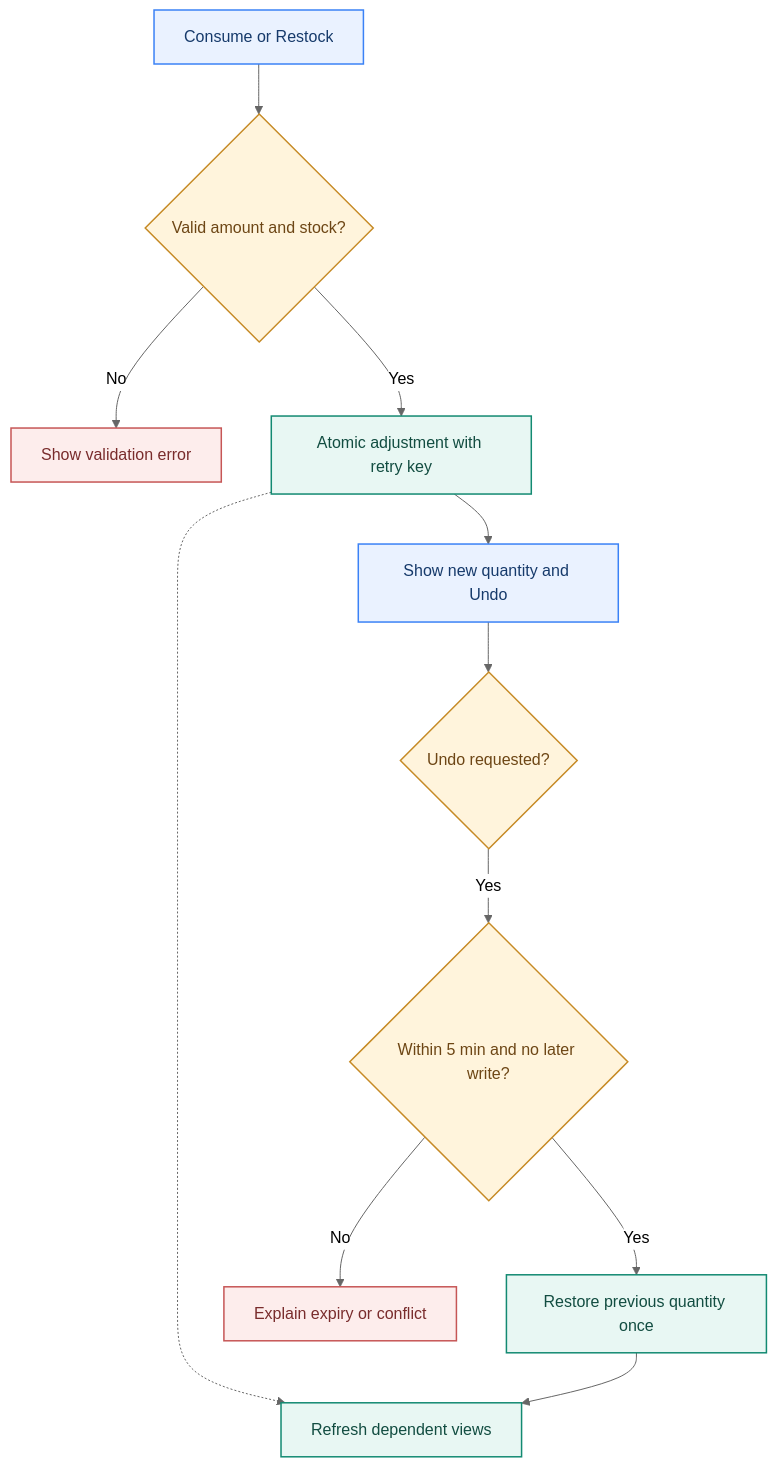
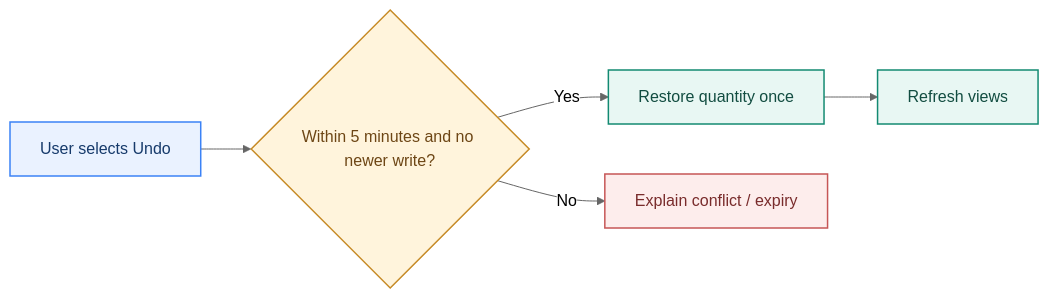
One commit to chankiahuja/pantry-pal changed the fifth of 9 diagrams in docs/ARCHITECTURE.md. Above: the diagram before and after it, drawn with Mermaid (neutral theme). The commit also changed other lines of this file, not shown here.

Commit message:
docs: shorten tall workflow diagrams into compact horizontal stages

````diff
--- a/docs/ARCHITECTURE.md
+++ b/docs/ARCHITECTURE.md
@@ -90,22 +107,14 @@
 ```mermaid
-flowchart TD
-    Edit["Consume or Restock"] --> Valid{"Valid amount and stock?"}
-    Valid -->|No| Error["Show validation error"]
-    Valid -->|Yes| Save["Atomic adjustment with retry key"]
-    Save --> Confirm["Show new quantity and Undo"]
-    Confirm --> Undo{"Undo requested?"}
-    Undo -->|Yes| Check{"Within 5 min and no later write?"}
-    Check -->|Yes| Restore["Restore previous quantity once"]
-    Check -->|No| Conflict["Explain expiry or conflict"]
-    Save -.-> Refresh["Refresh dependent views"]
-    Restore --> Refresh
-
+flowchart LR
+    Undo["User selects Undo"] --> Check{"Within 5 minutes and no newer write?"}
+    Check -->|Yes| Restore["Restore quantity once"] --> Refresh["Refresh views"]
+    Check -->|No| Conflict["Explain conflict / expiry"]
     classDef action fill:#EAF2FF,stroke:#3B82F6,color:#163A6B,stroke-width:1.5px
     classDef decision fill:#FFF4DC,stroke:#C68A25,color:#6D4615,stroke-width:1.5px
     classDef success fill:#E8F7F3,stroke:#138A72,color:#124D41,stroke-width:1.5px
     classDef failure fill:#FDEDEC,stroke:#C65656,color:#792C2C,stroke-width:1.5px
-    class Edit,Confirm action
-    class Valid,Undo,Check decision
-    class Save,Restore,Refresh success
-    class Error,Conflict failure
+    class Undo action
+    class Check decision
+    class Restore,Refresh success
+    class Conflict failure
 ```
````
